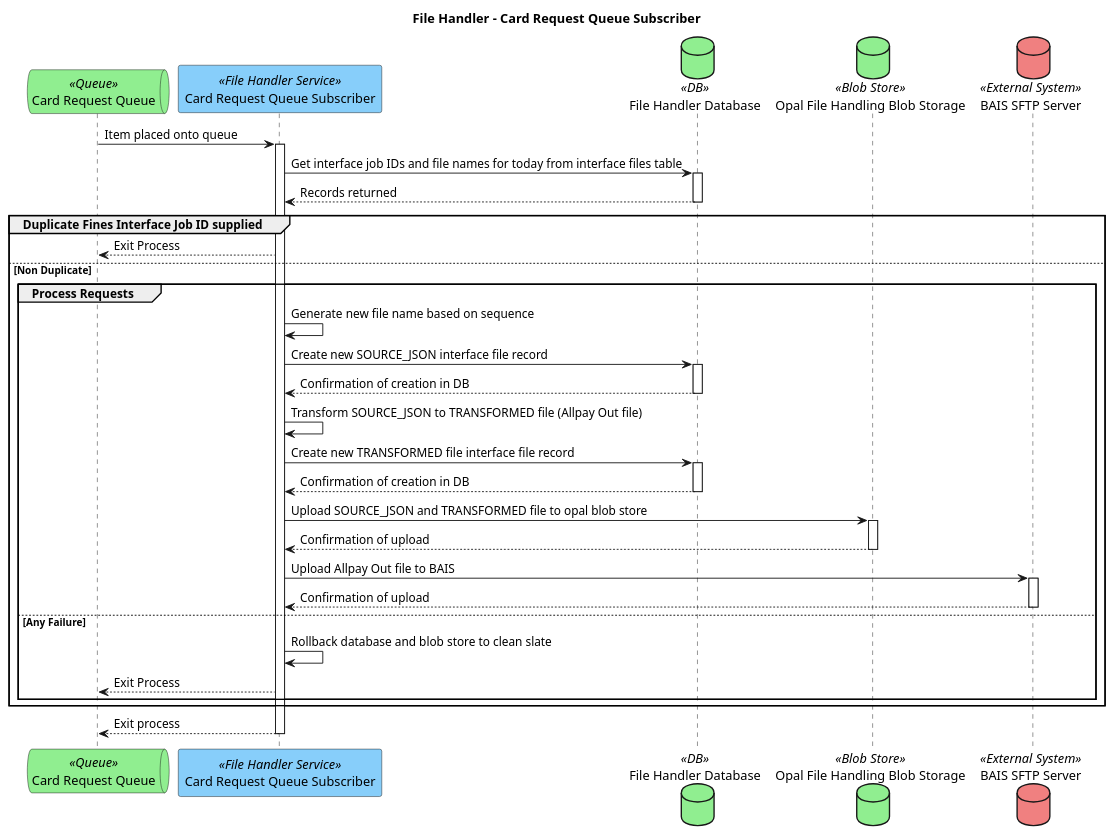
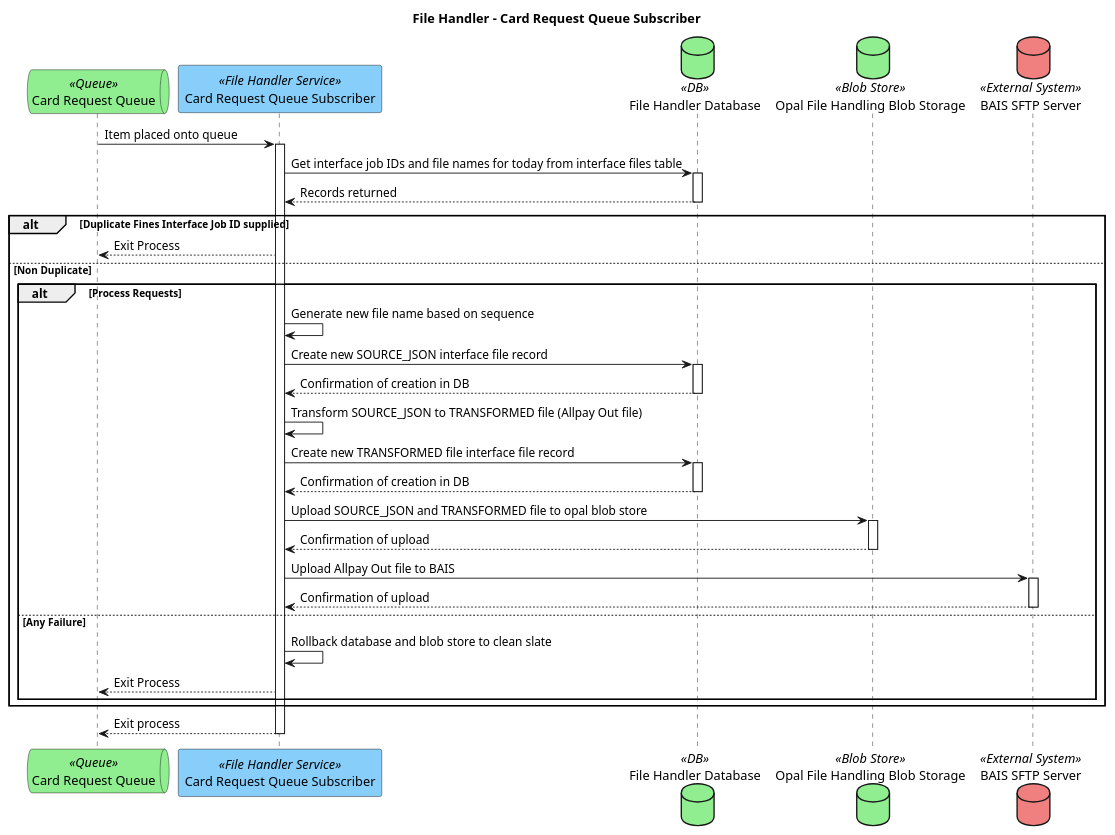
One commit to hmcts/opal-docs changed the diagram in plantUML/external-interfaces/ei7-file-handler-queue-subscriber.puml. Above: the diagram before and after it, drawn with PlantUML. The commit also changed 1 other file, not shown here.

Commit message:
Using ALT rather than GROUP for branching.

```diff
--- a/plantUML/external-interfaces/ei7-file-handler-queue-subscriber.puml
+++ b/plantUML/external-interfaces/ei7-file-handler-queue-subscriber.puml
@@ -1,32 +1,32 @@
 @startuml
 title "File Handler - Card Request Queue Subscriber"
 queue "Card Request Queue" as cardRequestQueue <<Queue>> #lightgreen
 participant "Card Request Queue Subscriber" as fileHandlerService <<File Handler Service>> #LightSkyBlue
 database "File Handler Database" as fileHandlerDb <<DB>> #LightGreen
 database "Opal File Handling Blob Storage" as fileHandlingBlobStorage <<Blob Store>> #LightGreen
 database "BAIS SFTP Server" as baisSftpServer <<External System>> #LightCoral
 
 cardRequestQueue -> fileHandlerService ++ : Item placed onto queue
 fileHandlerService -> fileHandlerDb ++ : Get interface job IDs and file names for today from interface files table
 fileHandlerDb --> fileHandlerService -- : Records returned
-group Duplicate Fines Interface Job ID supplied
+alt Duplicate Fines Interface Job ID supplied
     fileHandlerService --> cardRequestQueue : Exit Process
 else Non Duplicate
-    group Process Requests
+    alt Process Requests
         fileHandlerService -> fileHandlerService : Generate new file name based on sequence
         fileHandlerService -> fileHandlerDb ++ : Create new SOURCE_JSON interface file record
         fileHandlerDb --> fileHandlerService -- : Confirmation of creation in DB
         fileHandlerService -> fileHandlerService : Transform SOURCE_JSON to TRANSFORMED file (Allpay Out file)
         fileHandlerService -> fileHandlerDb ++ : Create new TRANSFORMED file interface file record
         fileHandlerDb --> fileHandlerService -- : Confirmation of creation in DB
         fileHandlerService -> fileHandlingBlobStorage ++ : Upload SOURCE_JSON and TRANSFORMED file to opal blob store
         fileHandlingBlobStorage --> fileHandlerService -- : Confirmation of upload
         fileHandlerService -> baisSftpServer ++ : Upload Allpay Out file to BAIS
         baisSftpServer --> fileHandlerService -- : Confirmation of upload
     else Any Failure
         fileHandlerService -> fileHandlerService : Rollback database and blob store to clean slate
         fileHandlerService --> cardRequestQueue : Exit Process
     end
 end
 fileHandlerService --> cardRequestQueue -- : Exit process
 @enduml
```
